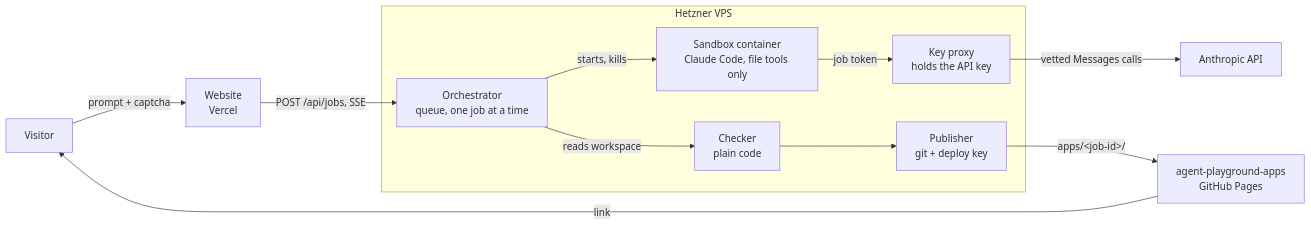
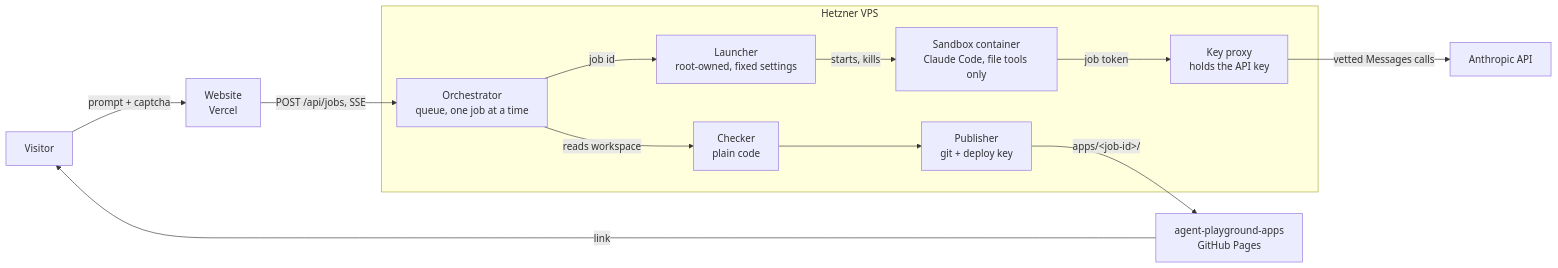
The diagram in README.md (LukasB3/agent-playground), drawn with Mermaid before and after one commit. The commit also changed other lines of this file and 13 other files, not shown here.

Commit message:
feat: start job containers through a root-owned launcher, purge jobs after 30 days

````diff
--- a/README.md
+++ b/README.md
@@ -9,14 +9,15 @@
 ```mermaid
 flowchart LR
   V[Visitor] -->|prompt + captcha| W[Website<br/>Vercel]
   W -->|POST /api/jobs, SSE| O[Orchestrator<br/>queue, one job at a time]
   subgraph VPS[Hetzner VPS]
-    O -->|starts, kills| S[Sandbox container<br/>Claude Code, file tools only]
+    O -->|job id| L[Launcher<br/>root-owned, fixed settings]
+    L -->|starts, kills| S[Sandbox container<br/>Claude Code, file tools only]
     S -->|job token| P[Key proxy<br/>holds the API key]
     O -->|reads workspace| C[Checker<br/>plain code]
     C --> G[Publisher<br/>git + deploy key]
   end
   P -->|vetted Messages calls| A[Anthropic API]
   G -->|apps/&lt;job-id&gt;/| R[agent-playground-apps<br/>GitHub Pages]
   R -->|link| V
 ```
````
